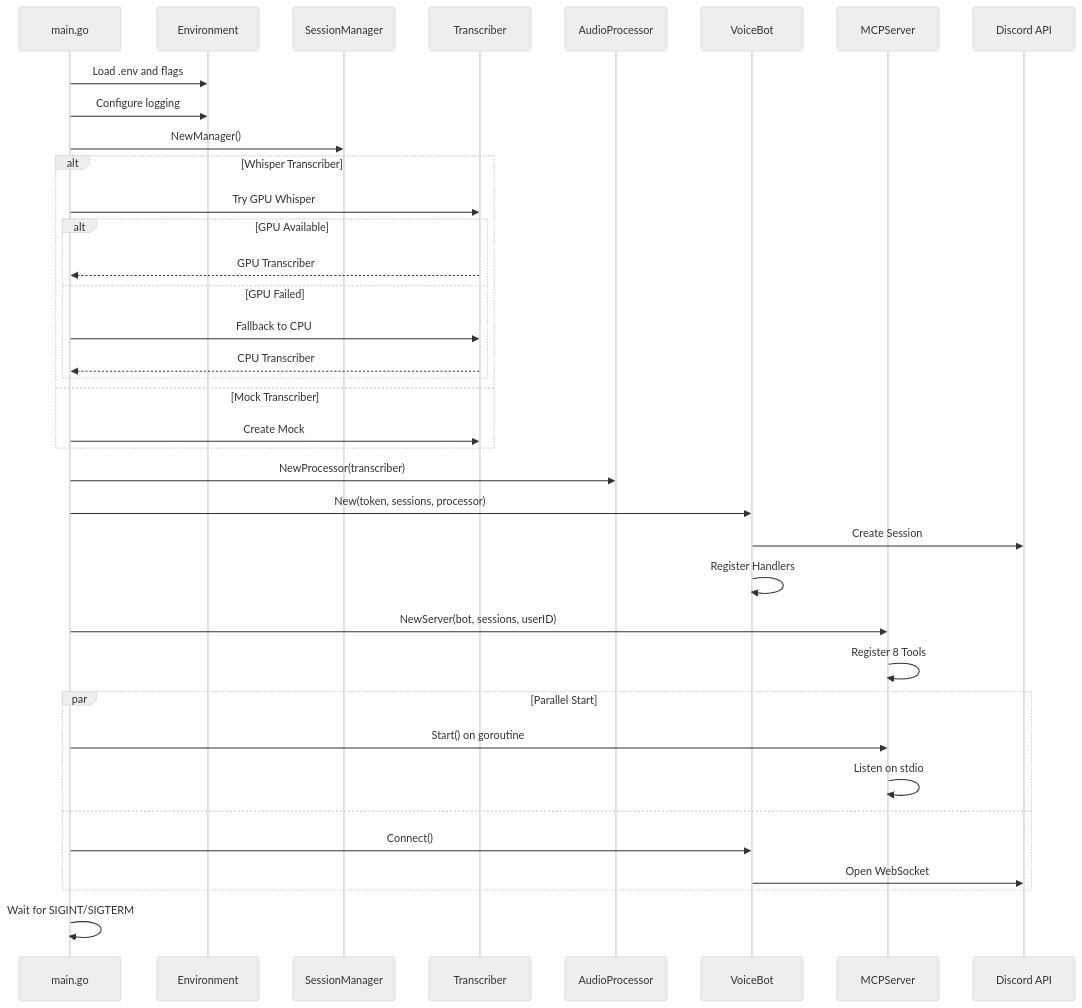
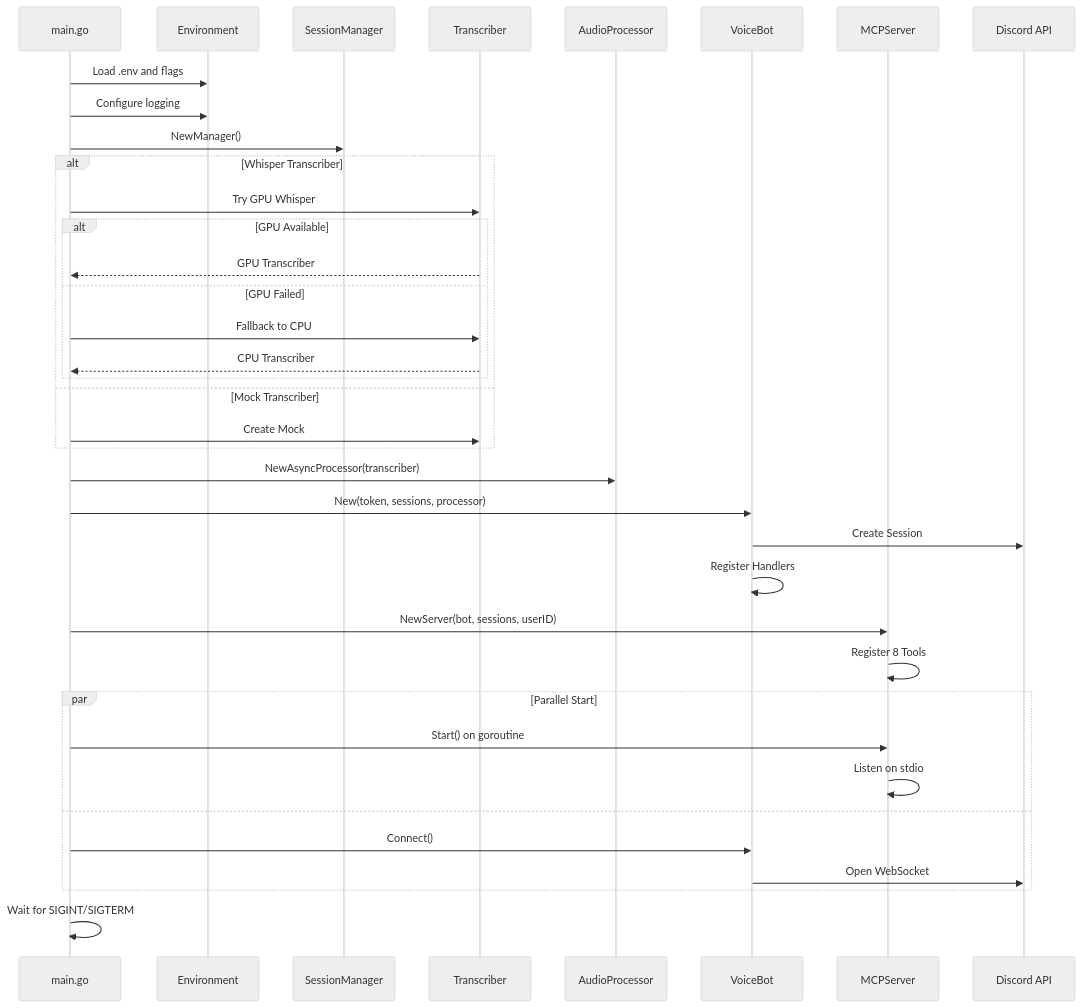
One commit to fankserver/discord-voice-mcp changed the third of 8 diagrams in ARCHITECTURE_DOCUMENTATION.md. Above: the diagram before and after it, drawn with Mermaid (neutral theme). The commit also changed other lines of this file, not shown here.

First line of the commit message:
docs: update architecture documentation to reflect async pipeline design

````diff
--- a/ARCHITECTURE_DOCUMENTATION.md
+++ b/ARCHITECTURE_DOCUMENTATION.md
@@ -47,45 +93,45 @@
 ```mermaid
 sequenceDiagram
     participant Main as main.go
     participant Env as Environment
     participant SM as SessionManager
     participant T as Transcriber
     participant AP as AudioProcessor
     participant Bot as VoiceBot
     participant MCP as MCPServer
     participant Discord as Discord API
 
     Main->>Env: Load .env and flags
     Main->>Env: Configure logging
     Main->>SM: NewManager()
     
     alt Whisper Transcriber
         Main->>T: Try GPU Whisper
         alt GPU Available
             T-->>Main: GPU Transcriber
         else GPU Failed
             Main->>T: Fallback to CPU
             T-->>Main: CPU Transcriber
         end
     else Mock Transcriber
         Main->>T: Create Mock
     end
     
-    Main->>AP: NewProcessor(transcriber)
+    Main->>AP: NewAsyncProcessor(transcriber)
     Main->>Bot: New(token, sessions, processor)
     Bot->>Discord: Create Session
     Bot->>Bot: Register Handlers
     
     Main->>MCP: NewServer(bot, sessions, userID)
     MCP->>MCP: Register 8 Tools
     
     par Parallel Start
         Main->>MCP: Start() on goroutine
         MCP->>MCP: Listen on stdio
     and
         Main->>Bot: Connect()
         Bot->>Discord: Open WebSocket
     end
     
     Main->>Main: Wait for SIGINT/SIGTERM
 ```
````
